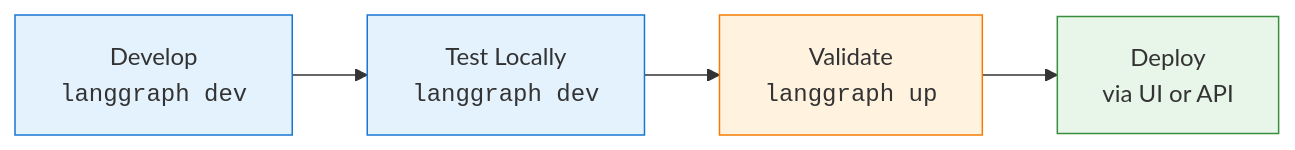
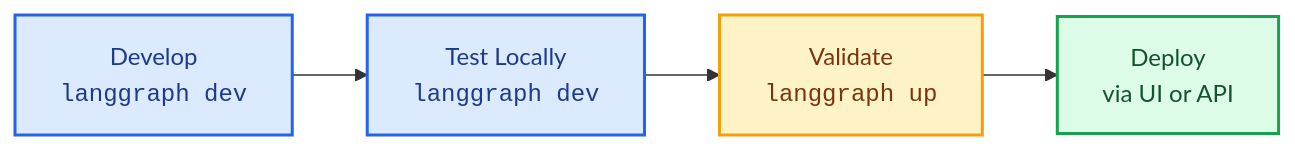
One commit to kunfan96/cndocs-langchain changed the diagram in langsmith/local-dev-testing.mdx. Above: the diagram before and after it, drawn with Mermaid. The commit also changed other lines of this file and 2533 other files, not shown here.

````diff
--- a/langsmith/local-dev-testing.mdx
+++ b/langsmith/local-dev-testing.mdx
@@ -32,9 +32,9 @@
 ```mermaid
 flowchart LR
     A["Develop<br/><code>langgraph dev</code>"] --> B["Test Locally<br/><code>langgraph dev</code>"] --> C["Validate<br/><code>langgraph up</code>"] --> D["Deploy<br/>via UI or API"]
 
-    style A fill:#e3f2fd,stroke:#1976d2
-    style B fill:#e3f2fd,stroke:#1976d2
-    style C fill:#fff3e0,stroke:#f57c00
-    style D fill:#e8f5e9,stroke:#388e3c
+    style A fill:#DBEAFE,stroke:#2563EB,stroke-width:2px,color:#1E3A8A
+    style B fill:#DBEAFE,stroke:#2563EB,stroke-width:2px,color:#1E3A8A
+    style C fill:#FEF3C7,stroke:#F59E0B,stroke-width:2px,color:#78350F
+    style D fill:#DCFCE7,stroke:#16A34A,stroke-width:2px,color:#14532D
 ```
````
